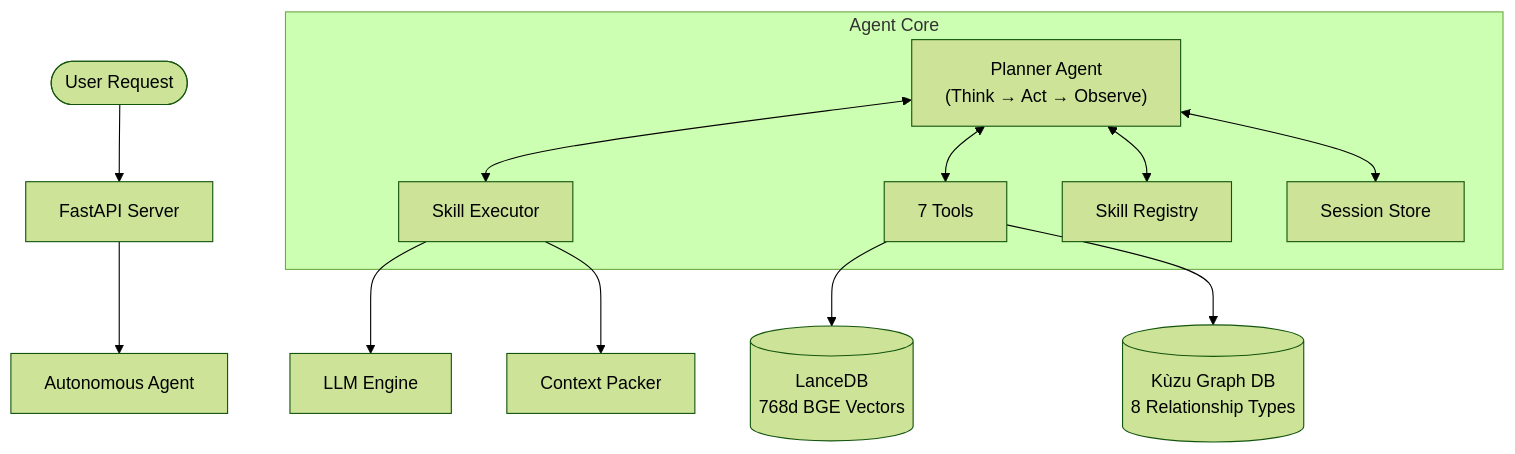
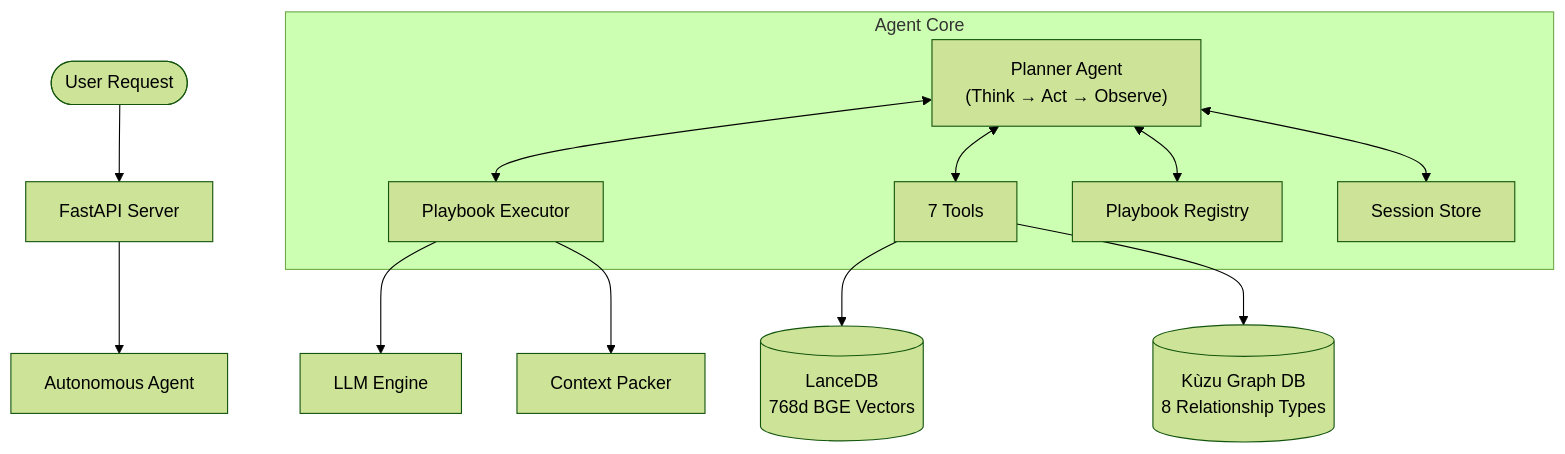
The second of 2 diagrams in README.md (roshinpv1/cmind), drawn with Mermaid (forest theme) before and after one commit. The commit also changed other lines of this file and 39 other files, not shown here.

````diff
--- a/README.md
+++ b/README.md
@@ -391,18 +391,18 @@
 ```mermaid
 graph TD
     User([User Request]) --> API[FastAPI Server]
     API --> Agent[Autonomous Agent]
     
     subgraph "Agent Core"
-        Planner["Planner Agent<br/>(Think → Act → Observe)"] <--> Executor[Skill Executor]
+        Planner["Planner Agent<br/>(Think → Act → Observe)"] <--> Executor[Playbook Executor]
         Planner <--> Tools["7 Tools"]
-        Planner <--> Registry[Skill Registry]
+        Planner <--> Registry[Playbook Registry]
         Planner <--> Memory[Session Store]
     end
     
     Tools --> LanceDB[("LanceDB<br/>768d BGE Vectors")]
     Tools --> Kuzu[("Kùzu Graph DB<br/>8 Relationship Types")]
     
     Executor --> LLM[LLM Engine]
     Executor --> Packer[Context Packer]
 ```
````
